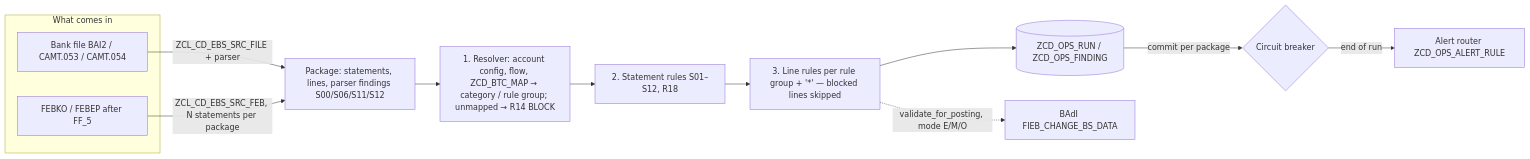
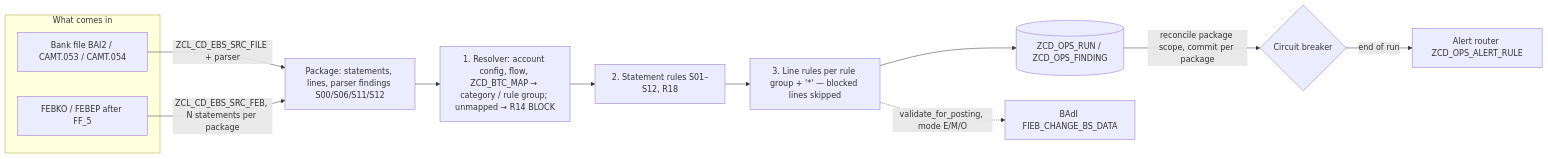
The diagram in ops-suite/docs/EBS_VALIDATION.md (jaideep247/bai), drawn with Mermaid before and after one commit. The commit also changed other lines of this file and 10 other files, not shown here.

````diff
--- a/ops-suite/docs/EBS_VALIDATION.md
+++ b/ops-suite/docs/EBS_VALIDATION.md
@@ -60,16 +60,16 @@
 ```mermaid
 flowchart LR
   subgraph IN[What comes in]
     F[Bank file BAI2 / CAMT.053 / CAMT.054]
     I[FEBKO / FEBEP after FF_5]
   end
   F -->|ZCL_CD_EBS_SRC_FILE + parser| P[Package: statements, lines, parser findings S00/S06/S11/S12]
   I -->|ZCL_CD_EBS_SRC_FEB, N statements per package| P
   P --> E1[1. Resolver: account config, flow, ZCD_BTC_MAP → category / rule group; unmapped → R14 BLOCK]
   E1 --> E2[2. Statement rules S01–S12, R18]
   E2 --> E3[3. Line rules per rule group + '*' — blocked lines skipped]
   E3 --> ST[(ZCD_OPS_RUN / ZCD_OPS_FINDING)]
-  ST -->|commit per package| CB{Circuit breaker}
+  ST -->|reconcile package scope, commit per package| CB{Circuit breaker}
   CB -->|end of run| AL[Alert router ZCD_OPS_ALERT_RULE]
   E3 -.->|validate_for_posting, mode E/M/O| BADI[BAdI FIEB_CHANGE_BS_DATA]
 ```
````
